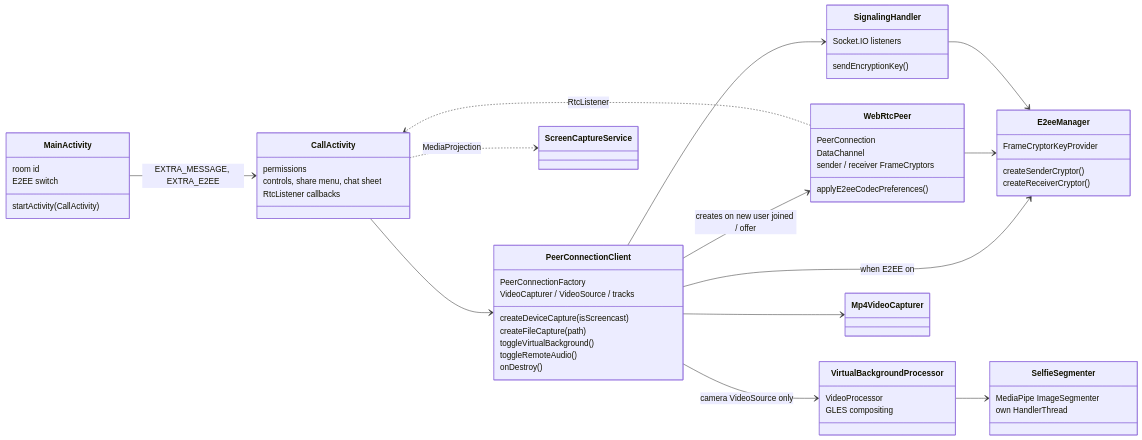
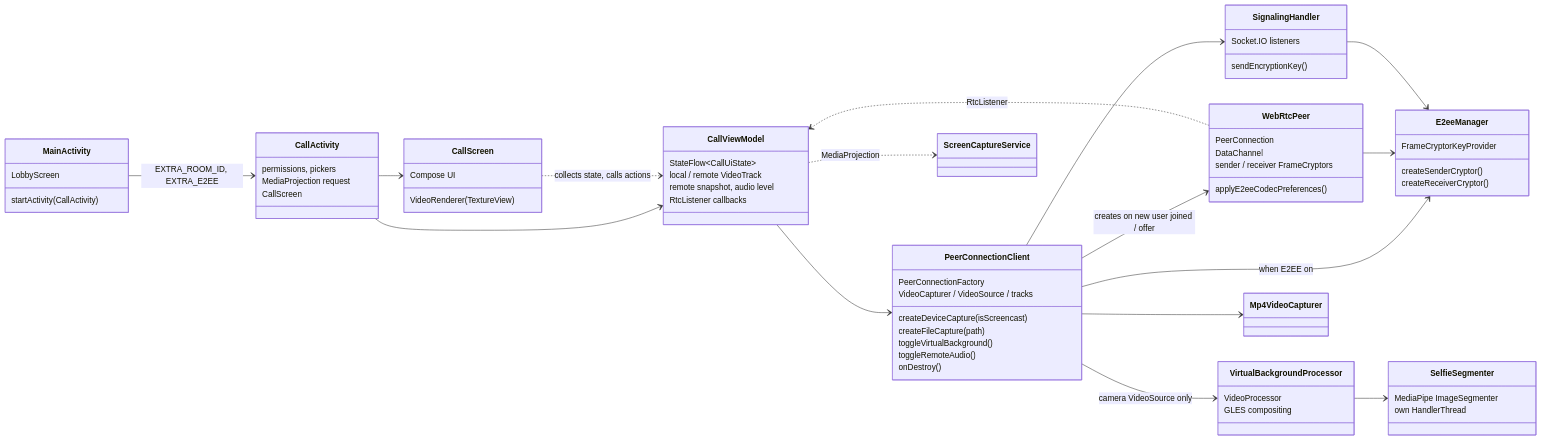
One commit to maitrungduc1410/WebRTC-Demo changed the eighth of 18 diagrams in ARCHITECTURE.md. Above: the diagram before and after it, drawn with Mermaid. The commit also changed other lines of this file and 127 other files, not shown here.

````diff
--- a/ARCHITECTURE.md
+++ b/ARCHITECTURE.md
@@ -239,61 +323,73 @@
 ```mermaid
 classDiagram
     direction LR
     class MainActivity {
-        room id
-        E2EE switch
+        LobbyScreen
         startActivity(CallActivity)
     }
     class CallActivity {
-        permissions
-        controls, share menu, chat sheet
+        permissions, pickers
+        MediaProjection request
+        CallScreen
+    }
+    class CallViewModel {
+        StateFlow~CallUiState~
+        local / remote VideoTrack
+        remote snapshot, audio level
         RtcListener callbacks
+    }
+    class CallScreen {
+        Compose UI
+        VideoRenderer (TextureView)
     }
     class PeerConnectionClient {
         PeerConnectionFactory
         VideoCapturer / VideoSource / tracks
         createDeviceCapture(isScreencast)
         createFileCapture(path)
         toggleVirtualBackground()
         toggleRemoteAudio()
         onDestroy()
     }
     class SignalingHandler {
         Socket.IO listeners
         sendEncryptionKey()
     }
     class WebRtcPeer {
         PeerConnection
         DataChannel
         sender / receiver FrameCryptors
         applyE2eeCodecPreferences()
     }
     class E2eeManager {
         FrameCryptorKeyProvider
         createSenderCryptor()
         createReceiverCryptor()
     }
     class VirtualBackgroundProcessor {
         VideoProcessor
         GLES compositing
     }
     class SelfieSegmenter {
         MediaPipe ImageSegmenter
         own HandlerThread
     }
     class Mp4VideoCapturer
     class ScreenCaptureService
 
-    MainActivity --> CallActivity : EXTRA_MESSAGE, EXTRA_E2EE
-    CallActivity --> PeerConnectionClient
-    CallActivity ..> ScreenCaptureService : MediaProjection
+    MainActivity --> CallActivity : EXTRA_ROOM_ID, EXTRA_E2EE
+    CallActivity --> CallViewModel
+    CallActivity --> CallScreen
+    CallScreen ..> CallViewModel : collects state, calls actions
+    CallViewModel --> PeerConnectionClient
+    CallViewModel ..> ScreenCaptureService : MediaProjection
     PeerConnectionClient --> SignalingHandler
     PeerConnectionClient --> WebRtcPeer : creates on new user joined / offer
     PeerConnectionClient --> E2eeManager : when E2EE on
     PeerConnectionClient --> VirtualBackgroundProcessor : camera VideoSource only
     PeerConnectionClient --> Mp4VideoCapturer
     VirtualBackgroundProcessor --> SelfieSegmenter
     WebRtcPeer --> E2eeManager
     SignalingHandler --> E2eeManager
-    WebRtcPeer ..> CallActivity : RtcListener
+    WebRtcPeer ..> CallViewModel : RtcListener
 ```
````
